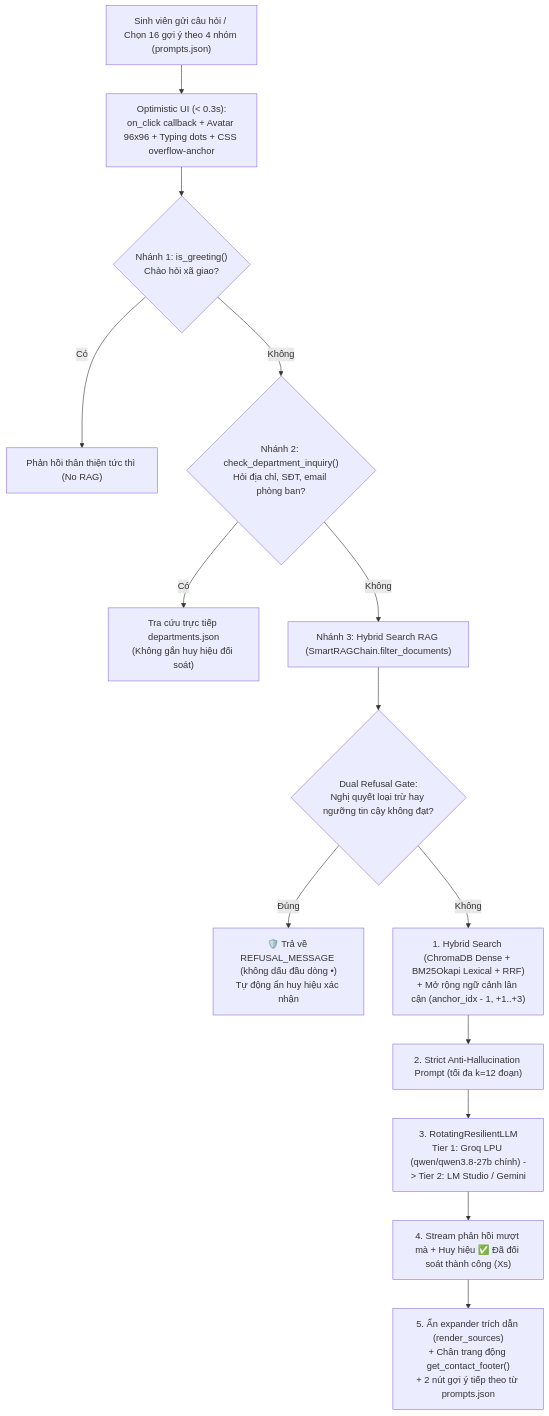
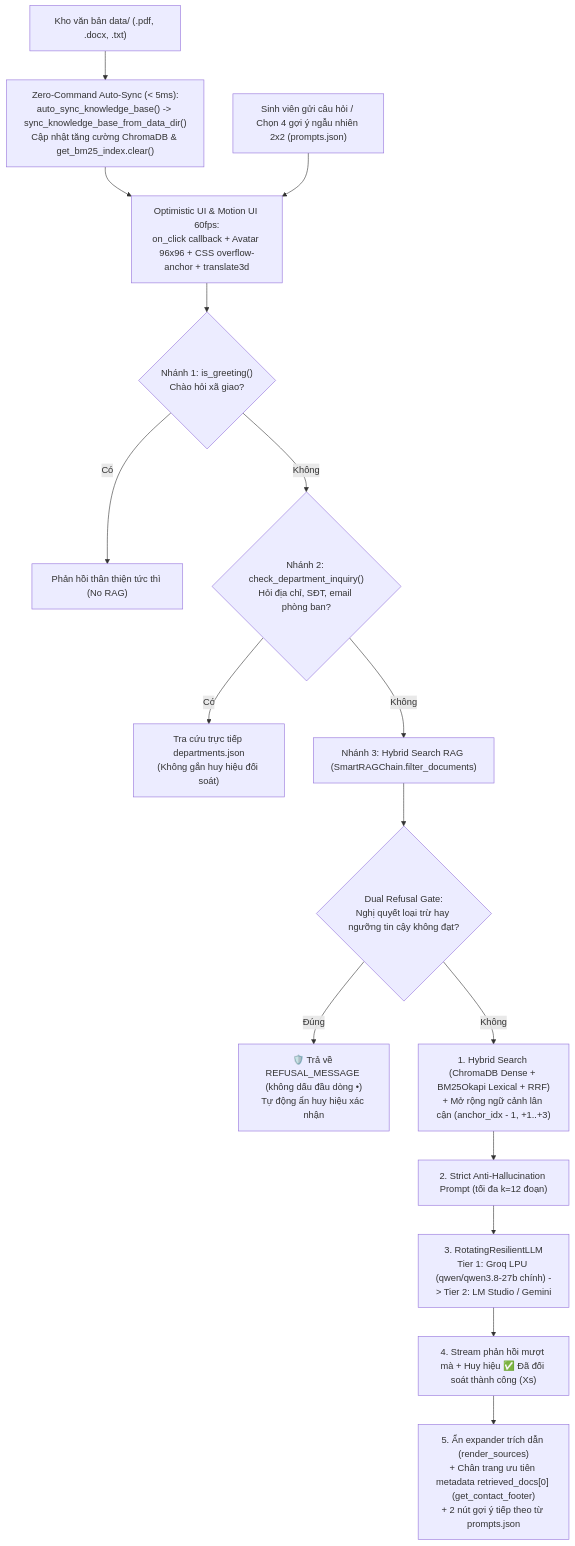
One commit to anhdangbuon/VLUTEBOT changed the diagram in README.md. Above: the diagram before and after it, drawn with Mermaid. The commit also changed other lines of this file and 1 other file, not shown here.

Commit message:
Finalize 60fps Motion UI, prompt shuffle button, and zero-command auto-sync

````diff
--- a/README.md
+++ b/README.md
@@ -29,18 +29,20 @@
 ```mermaid
 flowchart TD
-    UserQuery["Sinh viên gửi câu hỏi / Chọn 16 gợi ý theo 4 nhóm (prompts.json)"] --> OptUI["Optimistic UI (< 0.3s):<br/>on_click callback + Avatar 96x96 + Typing dots + CSS overflow-anchor"]
+    DataDir["Kho văn bản data/ (.pdf, .docx, .txt)"] --> AutoSync["Zero-Command Auto-Sync (< 5ms):<br/>auto_sync_knowledge_base() -> sync_knowledge_base_from_data_dir()<br/>Cập nhật tăng cường ChromaDB & get_bm25_index.clear()"]
+    AutoSync --> OptUI
+    UserQuery["Sinh viên gửi câu hỏi / Chọn 4 gợi ý ngẫu nhiên 2x2 (prompts.json)"] --> OptUI["Optimistic UI & Motion UI 60fps:<br/>on_click callback + Avatar 96x96 + CSS overflow-anchor + translate3d"]
     OptUI --> B1{"Nhánh 1: is_greeting()<br/>Chào hỏi xã giao?"}
     B1 -- Có --> R1["Phản hồi thân thiện tức thì (No RAG)"]
     B1 -- Không --> B2{"Nhánh 2: check_department_inquiry()<br/>Hỏi địa chỉ, SĐT, email phòng ban?"}
     B2 -- Có --> R2["Tra cứu trực tiếp departments.json<br/>(Không gắn huy hiệu đối soát)"]
     B2 -- Không --> B3["Nhánh 3: Hybrid Search RAG (SmartRAGChain.filter_documents)"]
 
     B3 --> ExclCheck{"Dual Refusal Gate:<br/>Nghị quyết loại trừ hay ngưỡng tin cậy không đạt?"}
     ExclCheck -- Đúng --> Refusal["🛡️ Trả về REFUSAL_MESSAGE (không dấu đầu dòng •)<br/>Tự động ẩn huy hiệu xác nhận"]
     ExclCheck -- Không --> HybridSearch["1. Hybrid Search (ChromaDB Dense + BM25Okapi Lexical + RRF)<br/>+ Mở rộng ngữ cảnh lân cận (anchor_idx - 1, +1..+3)"]
 
     HybridSearch --> PromptBuild["2. Strict Anti-Hallucination Prompt (tối đa k=12 đoạn)"]
     PromptBuild --> LLMRouter["3. RotatingResilientLLM<br/>Tier 1: Groq LPU (qwen/qwen3.8-27b chính) -> Tier 2: LM Studio / Gemini"]
     LLMRouter --> StreamUI["4. Stream phản hồi mượt mà + Huy hiệu ✅ Đã đối soát thành công (Xs)"]
-    StreamUI --> PostUI["5. Ẩn expander trích dẫn (render_sources)<br/>+ Chân trang động get_contact_footer()<br/>+ 2 nút gợi ý tiếp theo từ prompts.json"]
+    StreamUI --> PostUI["5. Ẩn expander trích dẫn (render_sources)<br/>+ Chân trang ưu tiên metadata retrieved_docs[0] (get_contact_footer)<br/>+ 2 nút gợi ý tiếp theo từ prompts.json"]
 ```
````
